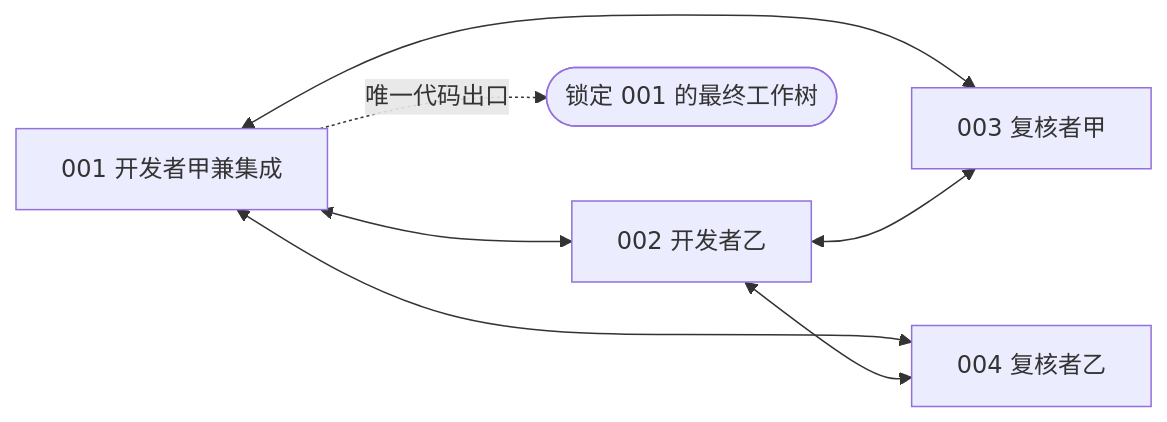
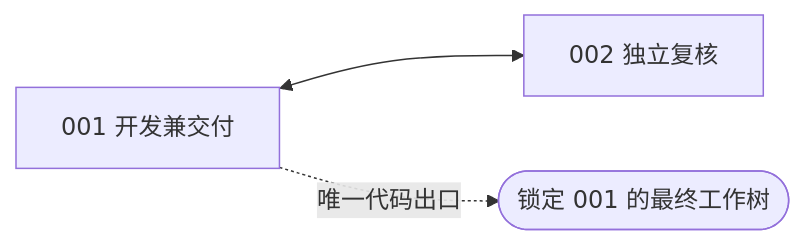
Before and after one commit to haoyueliuzhao/ProWorkSim: the fourth of 6 diagrams in docs/experiments/software-fixed-organization-v065-review.md, drawn with Mermaid. The commit also changed other lines of this file and 76 other files, not shown here.

````diff
--- a/docs/experiments/software-fixed-organization-v065-review.md
+++ b/docs/experiments/software-fixed-organization-v065-review.md
@@ -78,14 +76,8 @@
 ```mermaid
 flowchart LR
-    M1["001 开发者甲兼集成"]
-    M2["002 开发者乙"]
-    M3["003 复核者甲"]
-    M4["004 复核者乙"]
+    M1["001 开发兼交付"]
+    M2["002 独立复核"]
     M1 <--> M2
-    M1 <--> M3
-    M1 <--> M4
-    M2 <--> M3
-    M2 <--> M4
     E(["锁定 001 的最终工作树"])
     M1 -.->|唯一代码出口| E
 ```
````
